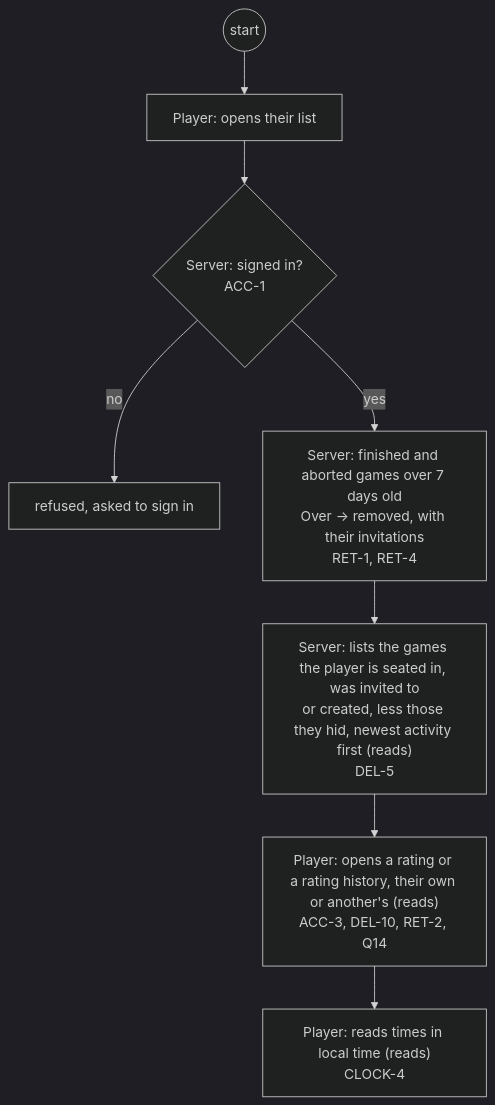
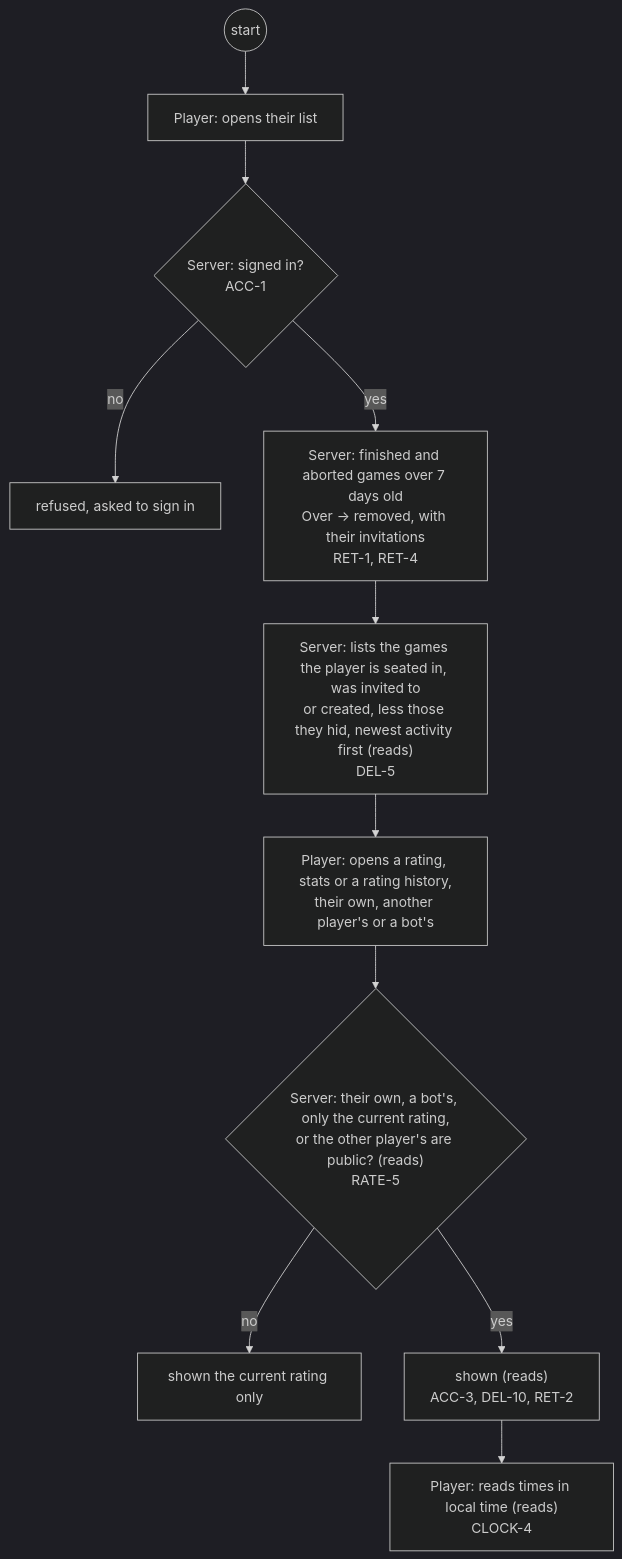
Before and after one commit to delphside/tile-lite-elite: diagram 22 of 29 in docs/changes/workstreams/application-game-architecture/71-one-game-model/71-functional.md, drawn with Mermaid (dark theme). The commit also changed other lines of this file and 1 other file, not shown here.

Commit message:
app 0.9.2 api 2.16: RATE-5, who sees a rating, stats and history
Owner, 2026-10-16, on #71's question 14: the current rating is always
public; stats and rating history are public by default and the player may
make them private. Bots' are always visible (no player to choose).

Refs #71

Claude-Session: https://claude.ai/code/session_013RrHRzWMEwTePZNqMB1VMr

````diff
--- a/docs/changes/workstreams/application-game-architecture/71-one-game-model/71-functional.md
+++ b/docs/changes/workstreams/application-game-architecture/71-one-game-model/71-functional.md
@@ -400,10 +401,13 @@
 ```mermaid
 flowchart TD
   s0((start)) --> p1["Player: opens their list"]
   p1 --> v1{"Server: signed in?<br/>ACC-1"}
   v1 -- no --> r1["refused, asked to sign in"]
   v1 -- yes --> t1["Server: finished and aborted games over 7 days old<br/>Over → removed, with their invitations<br/>RET-1, RET-4"]
   t1 --> v2["Server: lists the games the player is seated in, was invited to<br/>or created, less those they hid, newest activity first (reads)<br/>DEL-5"]
-  v2 --> p2["Player: opens a rating or a rating history, their own or another's (reads)<br/>ACC-3, DEL-10, RET-2, Q14"]
-  p2 --> p3["Player: reads times in local time (reads)<br/>CLOCK-4"]
+  v2 --> p2["Player: opens a rating, stats or a rating history,<br/>their own, another player's or a bot's"]
+  p2 --> v3{"Server: their own, a bot's, only the current rating,<br/>or the other player's are public? (reads)<br/>RATE-5"}
+  v3 -- no --> r3["shown the current rating only"]
+  v3 -- yes --> t3["shown (reads)<br/>ACC-3, DEL-10, RET-2"]
+  t3 --> p3["Player: reads times in local time (reads)<br/>CLOCK-4"]
 ```
````
